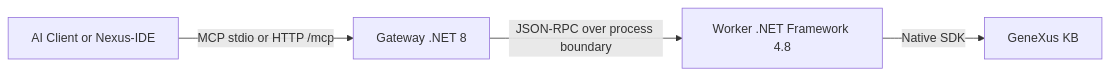
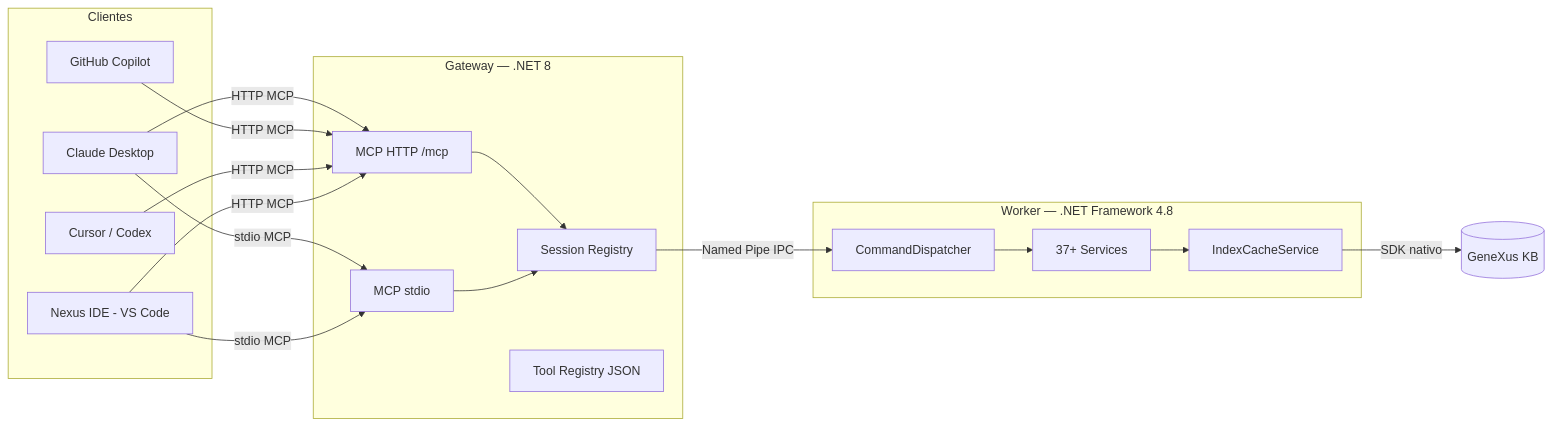
One commit to mukasc/Genexus18MCP changed the diagram in README.md. Above: the diagram before and after it, drawn with Mermaid. The commit also changed other lines of this file, not shown here.

````diff
--- a/README.md
+++ b/README.md
@@ -115,6 +118,33 @@
 ```mermaid
 graph LR
-    A[AI Client or Nexus-IDE] -->|MCP stdio or HTTP /mcp| B[Gateway .NET 8]
-    B -->|JSON-RPC over process boundary| C[Worker .NET Framework 4.8]
-    C -->|Native SDK| D[GeneXus KB]
+    subgraph Clientes
+        A1[Claude Desktop]
+        A2[GitHub Copilot]
+        A3[Cursor / Codex]
+        A4[Nexus IDE - VS Code]
+    end
+
+    subgraph Gateway [Gateway — .NET 8]
+        B1[MCP HTTP /mcp]
+        B2[MCP stdio]
+        B3[Session Registry]
+        B4[Tool Registry JSON]
+    end
+
+    subgraph Worker [Worker — .NET Framework 4.8]
+        C1[CommandDispatcher]
+        C2[37+ Services]
+        C3[IndexCacheService]
+    end
+
+    D[(GeneXus KB)]
+
+    A1 & A2 & A3 -->|HTTP MCP| B1
+    A4 -->|HTTP MCP| B1
+    A1 & A4 -->|stdio MCP| B2
+    B1 & B2 --> B3
+    B3 -->|Named Pipe IPC| C1
+    C1 --> C2
+    C2 --> C3
+    C3 -->|SDK nativo| D
 ```
````
